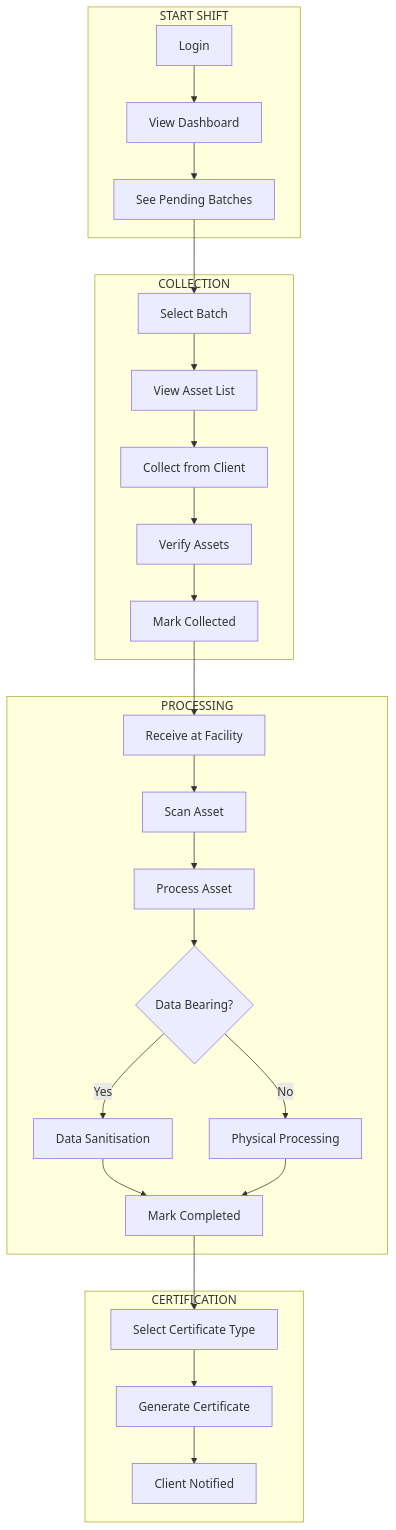
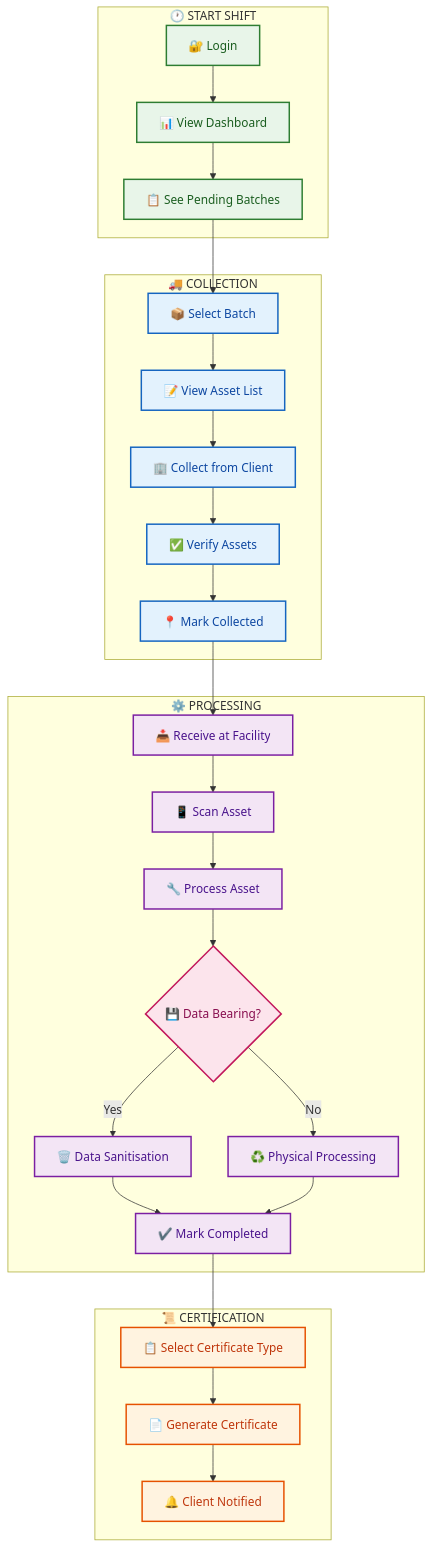
One commit to nugehs/ai-reclaim-m0 changed the fourth of 8 diagrams in docs/USER-FLOWS.md. Above: the diagram before and after it, drawn with Mermaid. The commit also changed other lines of this file and 12 other files, not shown here.

````diff
--- a/docs/USER-FLOWS.md
+++ b/docs/USER-FLOWS.md
@@ -108,32 +171,45 @@
 ```mermaid
 flowchart TB
-    subgraph "START SHIFT"
-        O1[Login] --> O2[View Dashboard]
-        O2 --> O3[See Pending Batches]
+    subgraph SHIFT["🕐 START SHIFT"]
+        O1[🔐 Login] --> O2[📊 View Dashboard]
+        O2 --> O3[📋 See Pending Batches]
     end
 
-    subgraph "COLLECTION"
-        O3 --> C1[Select Batch]
-        C1 --> C2[View Asset List]
-        C2 --> C3[Collect from Client]
-        C3 --> C4[Verify Assets]
-        C4 --> C5[Mark Collected]
+    subgraph COLLECT["🚚 COLLECTION"]
+        O3 --> C1[📦 Select Batch]
+        C1 --> C2[📝 View Asset List]
+        C2 --> C3[🏢 Collect from Client]
+        C3 --> C4[✅ Verify Assets]
+        C4 --> C5[📍 Mark Collected]
     end
 
-    subgraph "PROCESSING"
-        C5 --> P1[Receive at Facility]
-        P1 --> P2[Scan Asset]
-        P2 --> P3[Process Asset]
-        P3 --> P4{Data Bearing?}
-        P4 -->|Yes| P5[Data Sanitisation]
-        P4 -->|No| P6[Physical Processing]
-        P5 --> P7[Mark Completed]
+    subgraph PROCESS["⚙️ PROCESSING"]
+        C5 --> P1[📥 Receive at Facility]
+        P1 --> P2[📱 Scan Asset]
+        P2 --> P3[🔧 Process Asset]
+        P3 --> P4{💾 Data Bearing?}
+        P4 -->|Yes| P5[🗑️ Data Sanitisation]
+        P4 -->|No| P6[♻️ Physical Processing]
+        P5 --> P7[✔️ Mark Completed]
         P6 --> P7
     end
 
-    subgraph "CERTIFICATION"
-        P7 --> X1[Select Certificate Type]
-        X1 --> X2[Generate Certificate]
-        X2 --> X3[Client Notified]
+    subgraph CERT["📜 CERTIFICATION"]
+        P7 --> X1[📋 Select Certificate Type]
+        X1 --> X2[📄 Generate Certificate]
+        X2 --> X3[🔔 Client Notified]
     end
+
+    %% Styling
+    classDef shiftStyle fill:#e8f5e9,stroke:#2e7d32,stroke-width:2px,color:#1b5e20
+    classDef collectStyle fill:#e3f2fd,stroke:#1565c0,stroke-width:2px,color:#0d47a1
+    classDef processStyle fill:#f3e5f5,stroke:#7b1fa2,stroke-width:2px,color:#4a148c
+    classDef certStyle fill:#fff3e0,stroke:#e65100,stroke-width:2px,color:#bf360c
+    classDef decisionStyle fill:#fce4ec,stroke:#c2185b,stroke-width:2px,color:#880e4f
+
+    class O1,O2,O3 shiftStyle
+    class C1,C2,C3,C4,C5 collectStyle
+    class P1,P2,P3,P5,P6,P7 processStyle
+    class X1,X2,X3 certStyle
+    class P4 decisionStyle
 ```
````
